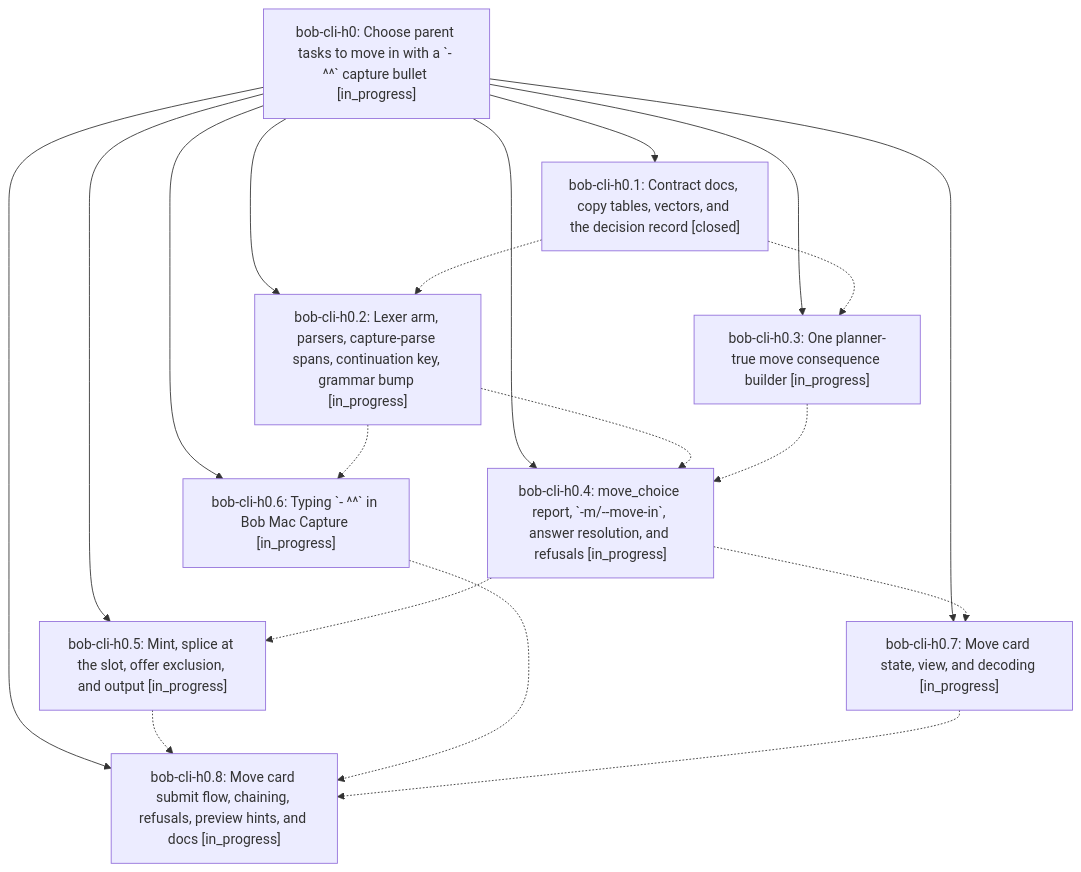
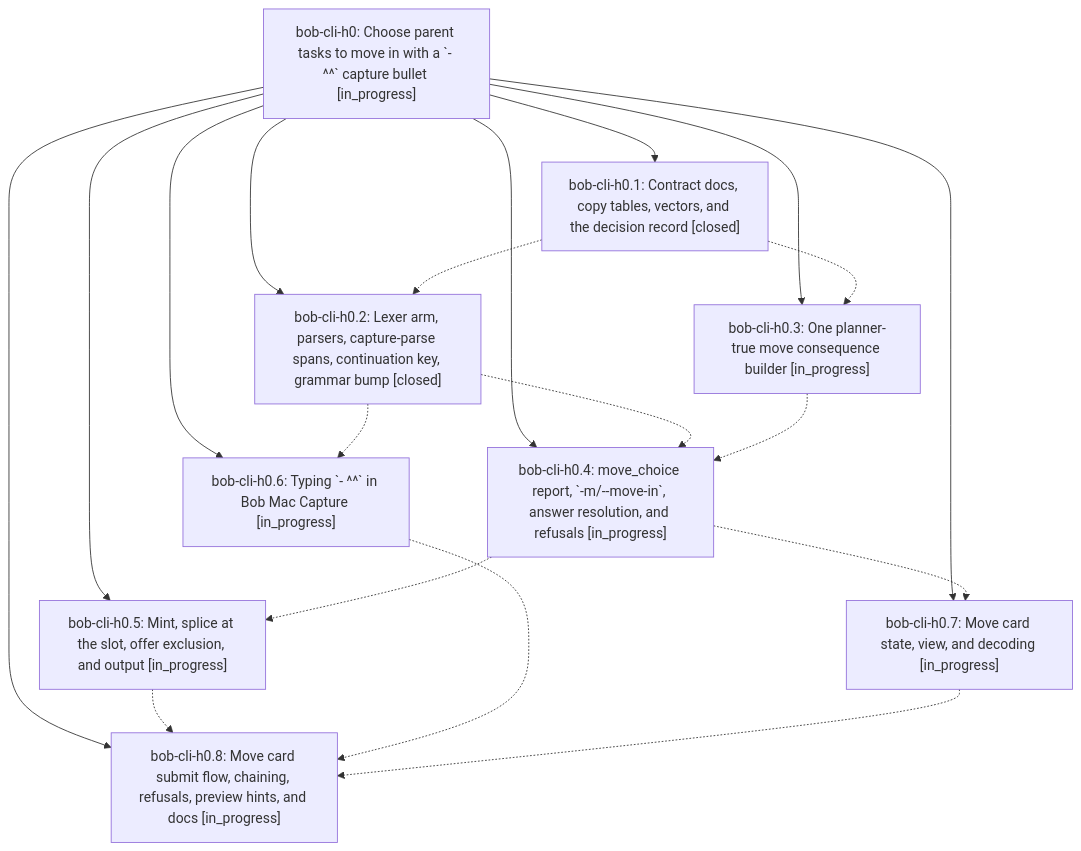
Before and after one commit to bobs-org/bob-cli--beads: the diagram in pages/bob-cli-h0/README.md, drawn with Mermaid. The commit also changed other lines of this file and 5 other files, not shown here.

First line of the commit message:
chore(beads): sync bead state and pages for bob-cli-h0

````diff
--- a/pages/bob-cli-h0/README.md
+++ b/pages/bob-cli-h0/README.md
@@ -29,30 +41,30 @@
 ```mermaid
 flowchart TD
     n0["bob-cli-h0: Choose parent tasks to move in with a `- ^^` capture bullet [in_progress]"]
     n1["bob-cli-h0.1: Contract docs, copy tables, vectors, and the decision record [closed]"]
-    n2["bob-cli-h0.2: Lexer arm, parsers, capture-parse spans, continuation key, grammar bump [in_progress]"]
+    n2["bob-cli-h0.2: Lexer arm, parsers, capture-parse spans, continuation key, grammar bump [closed]"]
     n3["bob-cli-h0.3: One planner-true move consequence builder [in_progress]"]
     n4["bob-cli-h0.4: move_choice report, `-m/--move-in`, answer resolution, and refusals [in_progress]"]
     n5["bob-cli-h0.5: Mint, splice at the slot, offer exclusion, and output [in_progress]"]
     n6["bob-cli-h0.6: Typing `- ^^` in Bob Mac Capture [in_progress]"]
     n7["bob-cli-h0.7: Move card state, view, and decoding [in_progress]"]
     n8["bob-cli-h0.8: Move card submit flow, chaining, refusals, preview hints, and docs [in_progress]"]
     n0 --> n1
     n0 --> n2
     n0 --> n3
     n0 --> n4
     n0 --> n5
     n0 --> n6
     n0 --> n7
     n0 --> n8
     n1 -.-> n2
     n1 -.-> n3
     n2 -.-> n4
     n2 -.-> n6
     n3 -.-> n4
     n4 -.-> n5
     n4 -.-> n7
     n5 -.-> n8
     n6 -.-> n8
     n7 -.-> n8
 ```
````
